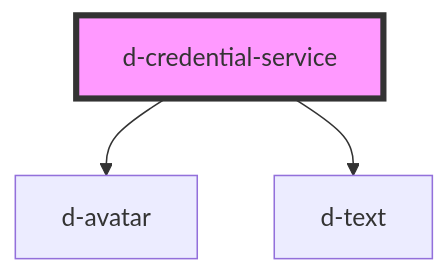
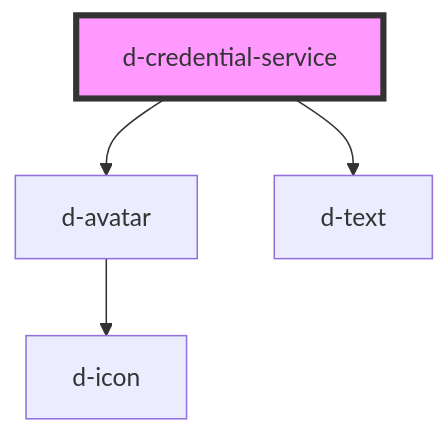
One commit to ForkbombEu/didroom-components changed the diagram in src/components/credential-service/readme.md. Above: the diagram before and after it, drawn with Mermaid. The commit also changed 9 other files, not shown here.

````diff
--- a/src/components/credential-service/readme.md
+++ b/src/components/credential-service/readme.md
@@ -28,6 +28,7 @@
 ```mermaid
 graph TD;
   d-credential-service --> d-avatar
   d-credential-service --> d-text
+  d-avatar --> d-icon
   style d-credential-service fill:#f9f,stroke:#333,stroke-width:4px
 ```
````
